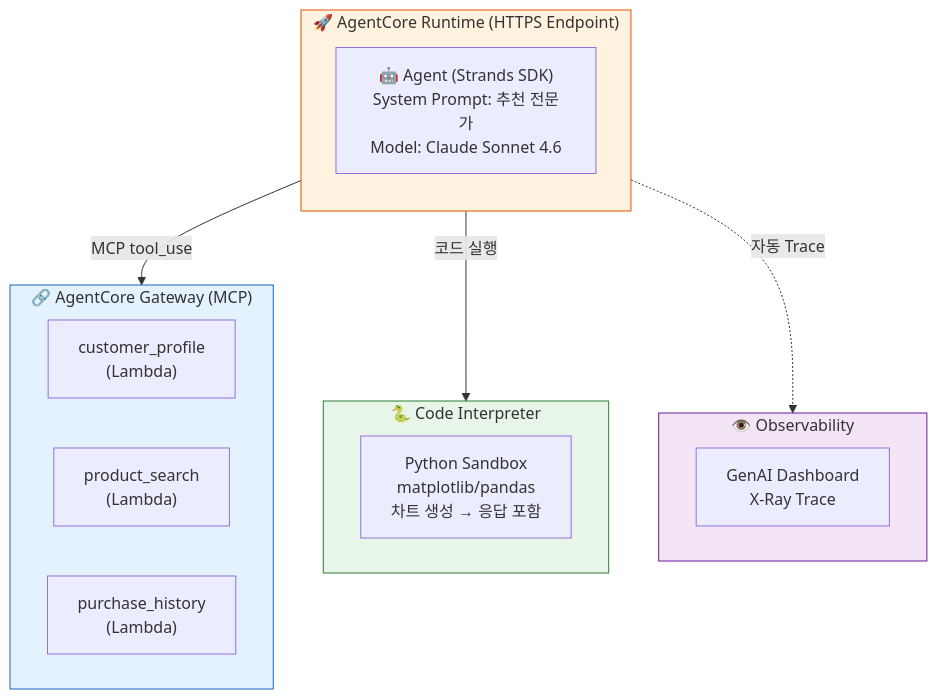
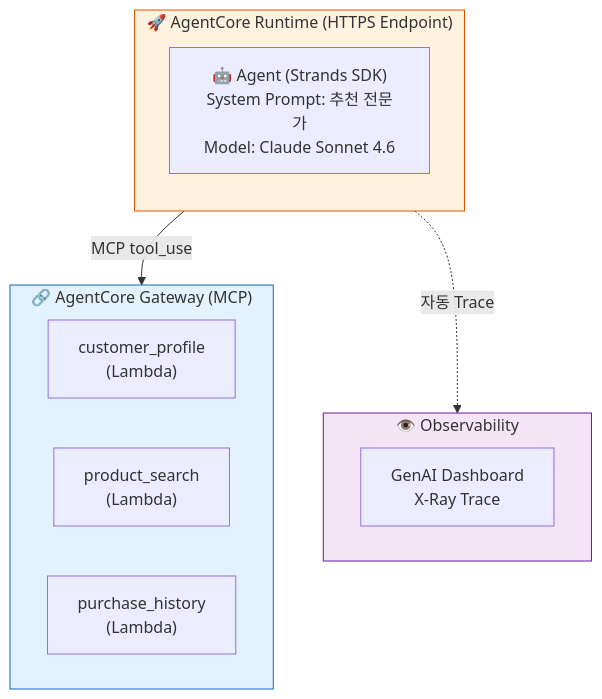
The diagram in docs/phase1/index.md (kjhyuok/rcg-agentcore-workshop-guide), drawn with Mermaid before and after one commit. The commit also changed other lines of this file and 3 other files, not shown here.

````diff
--- a/docs/phase1/index.md
+++ b/docs/phase1/index.md
@@ -27,30 +26,24 @@
 ```mermaid
 graph TB
     subgraph RT["🚀 AgentCore Runtime (HTTPS Endpoint)"]
         direction TB
         AG["🤖 Agent (Strands SDK)<br/>System Prompt: 추천 전문가<br/>Model: Claude Sonnet 4.6"]
     end
 
     subgraph GW["🔗 AgentCore Gateway (MCP)"]
         T1["customer_profile<br/>(Lambda)"]
         T2["product_search<br/>(Lambda)"]
         T3["purchase_history<br/>(Lambda)"]
     end
 
-    subgraph CI["🐍 Code Interpreter"]
-        PY["Python Sandbox<br/>matplotlib/pandas<br/>차트 생성 → 응답 포함"]
-    end
-
     subgraph OB["👁️ Observability"]
         TR["GenAI Dashboard<br/>X-Ray Trace"]
     end
 
     AG -->|MCP tool_use| GW
-    AG -->|코드 실행| CI
     RT -.->|자동 Trace| OB
 
     style RT fill:#fff3e0,stroke:#e65100
     style GW fill:#e3f2fd,stroke:#1565c0
-    style CI fill:#e8f5e9,stroke:#2e7d32
     style OB fill:#f3e5f5,stroke:#6a1b9a
 ```
````
